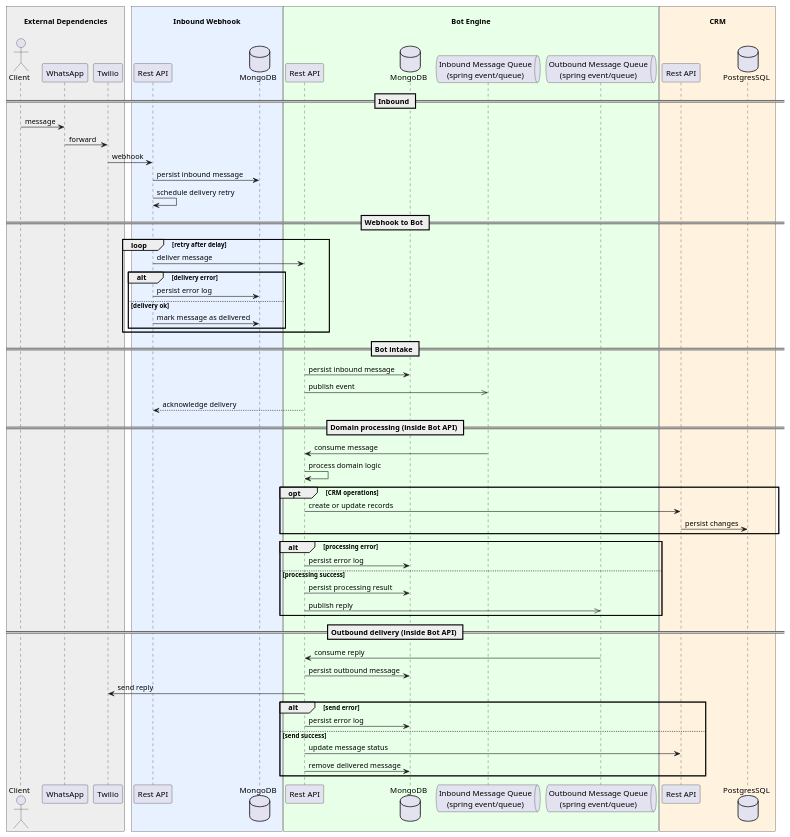
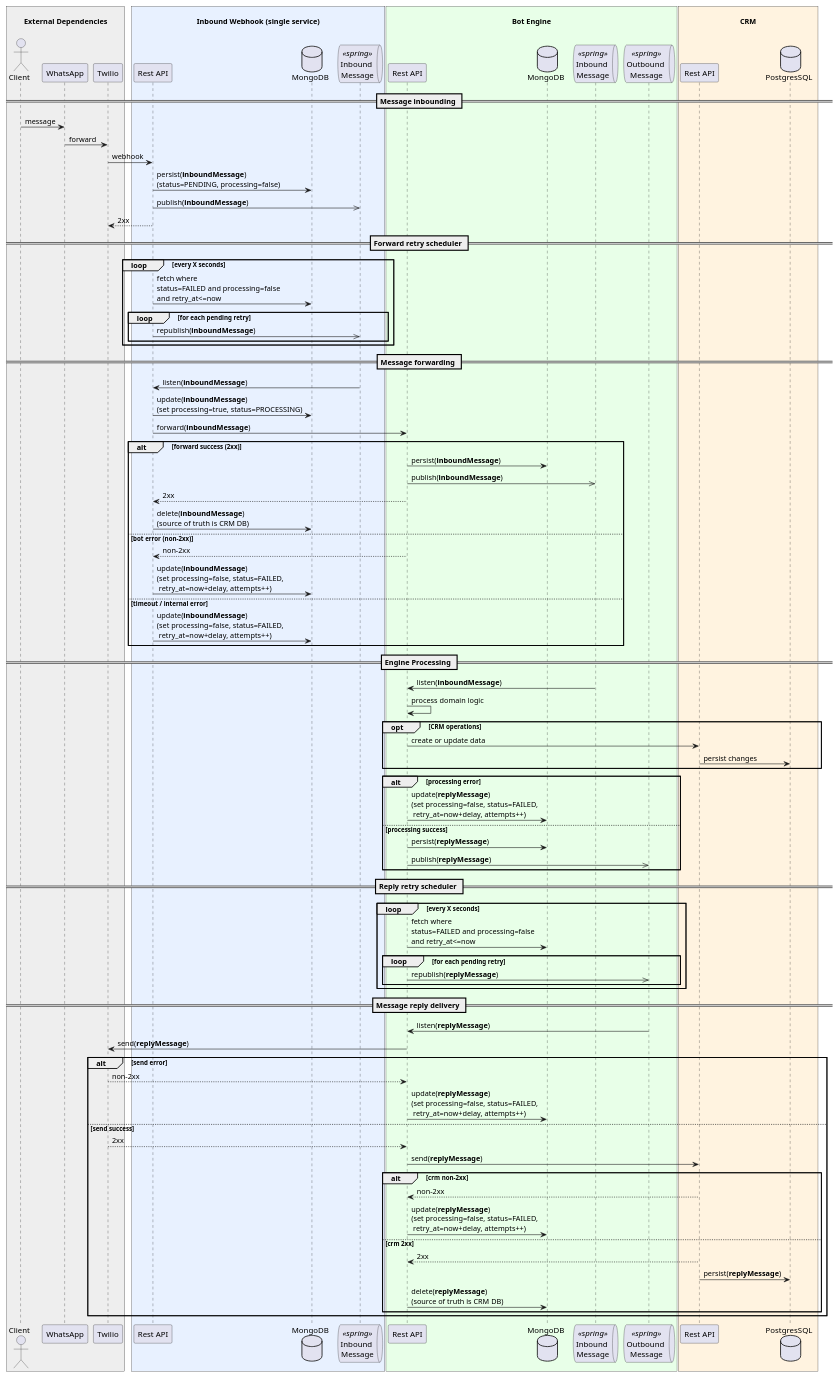
One commit to luizlab1/crm changed the diagram in README.md. Above: the diagram before and after it, drawn with PlantUML. The commit also changed other lines of this file, not shown here.

````diff
--- a/README.md
+++ b/README.md
@@ -11,5 +17,5 @@
 ```plantuml
-@startuml
+@startuml 
 
 box "\nExternal Dependencies\n" #EEEEEE
   actor Client as client
@@ -17,17 +23,17 @@
   participant "Twilio" as twilio
 end box
 
-box "\nInbound Webhook\n" #E8F1FF
+box "\nInbound Webhook (single service)\n" #E8F1FF
   participant "Rest API" as webhookApi
   database "MongoDB" as webhookDb
+  queue "Inbound \nMessage" as inboundQueue <<spring>>
 end box
 
 box "\nBot Engine\n" #E8FFE8
   participant "Rest API" as botApi
   database "MongoDB" as botDb
-
-  queue "Inbound Message Queue\n(spring event/queue)" as inboundQueue
-  queue "Outbound Message Queue\n(spring event/queue)" as outboundQueue
+  queue "Inbound \nMessage" as botInboundQueue <<spring>>
+  queue "Outbound \nMessage" as outboundQueue <<spring>>
 end box
 
 box "\nCRM\n" #FFF3E0
@@ -35,53 +41,87 @@
   database "PostgresSQL" as crmDb
 end box
 
-== Inbound ==
+== Message inbounding ==
 client -> whatsapp : message
 whatsapp -> twilio : forward
 twilio -> webhookApi : webhook
 
-webhookApi -> webhookDb : persist inbound message
-webhookApi -> webhookApi : schedule delivery retry
+webhookApi -> webhookDb : persist(<b>inboundMessage</b>)\n(status=PENDING, processing=false)
+webhookApi ->> inboundQueue : publish(<b>inboundMessage</b>)
+webhookApi --> twilio : 2xx
 
-== Webhook to Bot ==
-loop retry after delay
-  webhookApi -> botApi : deliver message
-  alt delivery error
-    webhookApi -> webhookDb : persist error log
-  else delivery ok
-    webhookApi -> webhookDb : mark message as delivered
+== Forward retry scheduler ==
+loop every X seconds
+  webhookApi -> webhookDb : fetch where\nstatus=FAILED and processing=false\nand retry_at<=now
+  loop for each pending retry
+    webhookApi ->> inboundQueue : republish(<b>inboundMessage</b>)
   end
 end
 
-== Bot intake ==
-botApi -> botDb : persist inbound message
-botApi ->> inboundQueue : publish event
-botApi --> webhookApi : acknowledge delivery
+== Message forwarding ==
+webhookApi <- inboundQueue : listen(<b>inboundMessage</b>)
+webhookApi -> webhookDb : update(<b>inboundMessage</b>)\n(set processing=true, status=PROCESSING)
 
-== Domain processing (inside Bot API) ==
-botApi <- inboundQueue : consume message
+webhookApi -> botApi : forward(<b>inboundMessage</b>)
+
+alt forward success (2xx)
+  botApi -> botDb : persist(<b>inboundMessage</b>)
+  botApi ->> botInboundQueue : publish(<b>inboundMessage</b>)
+  botApi --> webhookApi : 2xx
+  webhookApi -> webhookDb : delete(<b>inboundMessage</b>)\n(source of truth is CRM DB)
+
+else bot error (non-2xx)
+  botApi --> webhookApi : non-2xx
+  webhookApi -> webhookDb : update(<b>inboundMessage</b>)\n(set processing=false, status=FAILED,\n retry_at=now+delay, attempts++)
+
+else timeout / internal error
+  webhookApi -> webhookDb : update(<b>inboundMessage</b>)\n(set processing=false, status=FAILED,\n retry_at=now+delay, attempts++)
+end
+
+== Engine Processing ==
+botApi <- botInboundQueue : listen(<b>inboundMessage</b>)
 botApi -> botApi : process domain logic
+
 opt CRM operations
-  botApi -> crmApi : create or update records
+  botApi -> crmApi : create or update data
   crmApi -> crmDb : persist changes
 end
 
 alt processing error
-  botApi -> botDb : persist error log
+  botApi -> botDb : update(<b>replyMessage</b>)\n(set processing=false, status=FAILED,\n retry_at=now+delay, attempts++)
 else processing success
-  botApi -> botDb : persist processing result
-  botApi ->> outboundQueue : publish reply
+  botApi -> botDb : persist(<b>replyMessage</b>)
+  botApi ->> outboundQueue : publish(<b>replyMessage</b>)
 end
 
-== Outbound delivery (inside Bot API) ==
-botApi <- outboundQueue : consume reply
-botApi -> botDb : persist outbound message
-botApi -> twilio : send reply
+== Reply retry scheduler ==
+loop every X seconds
+  botApi -> botDb : fetch where\nstatus=FAILED and processing=false\nand retry_at<=now
+  loop for each pending retry
+    botApi ->> outboundQueue : republish(<b>replyMessage</b>)
+  end
+end
+
+== Message reply delivery ==
+botApi <- outboundQueue : listen(<b>replyMessage</b>)
+botApi -> twilio : send(<b>replyMessage</b>)
+
 alt send error
-  botApi -> botDb : persist error log
+  twilio --> botApi : non-2xx
+  botApi -> botDb : update(<b>replyMessage</b>)\n(set processing=false, status=FAILED,\n retry_at=now+delay, attempts++)
+
 else send success
-  botApi -> crmApi : update message status
-  botApi -> botDb : remove delivered message
+  twilio --> botApi : 2xx
+  botApi -> crmApi : send(<b>replyMessage</b>)
+
+  alt crm non-2xx
+    crmApi --> botApi : non-2xx
+    botApi -> botDb : update(<b>replyMessage</b>)\n(set processing=false, status=FAILED,\n retry_at=now+delay, attempts++)
+  else crm 2xx
+    crmApi --> botApi : 2xx
+    crmApi -> crmDb : persist(<b>replyMessage</b>)
+    botApi -> botDb : delete(<b>replyMessage</b>)\n(source of truth is CRM DB)
+  end
 end
 
 @enduml
````
